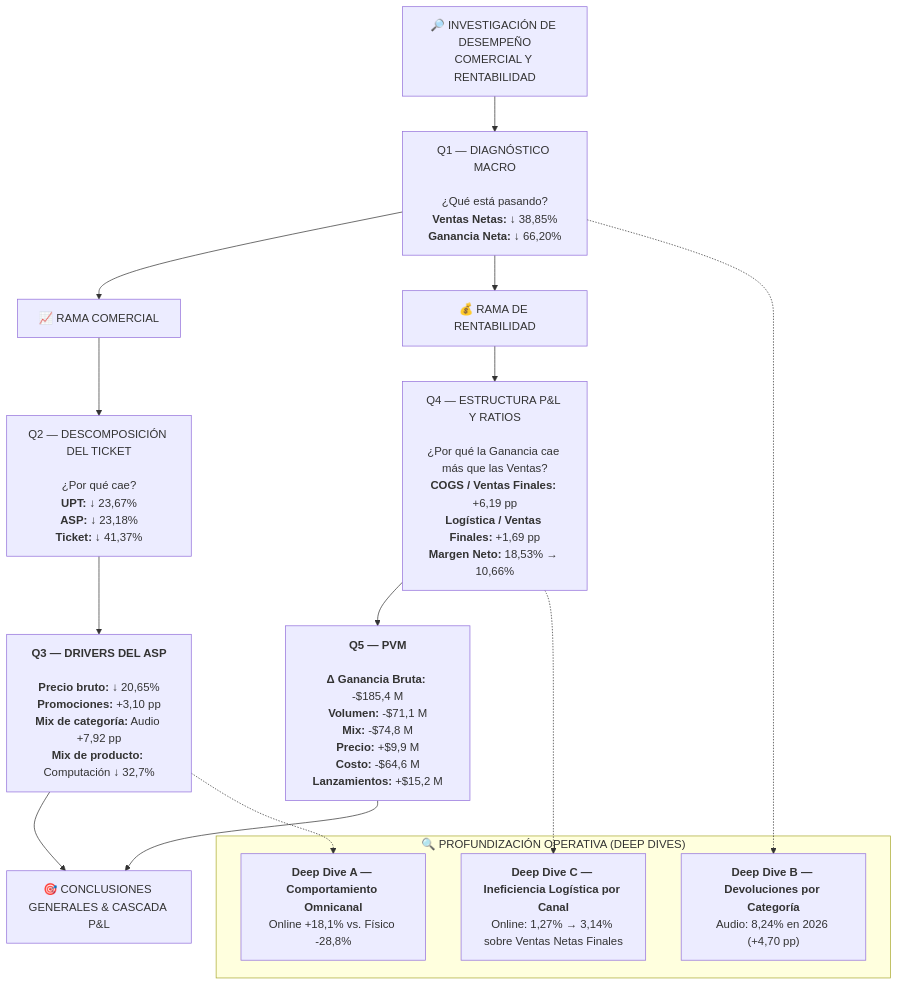
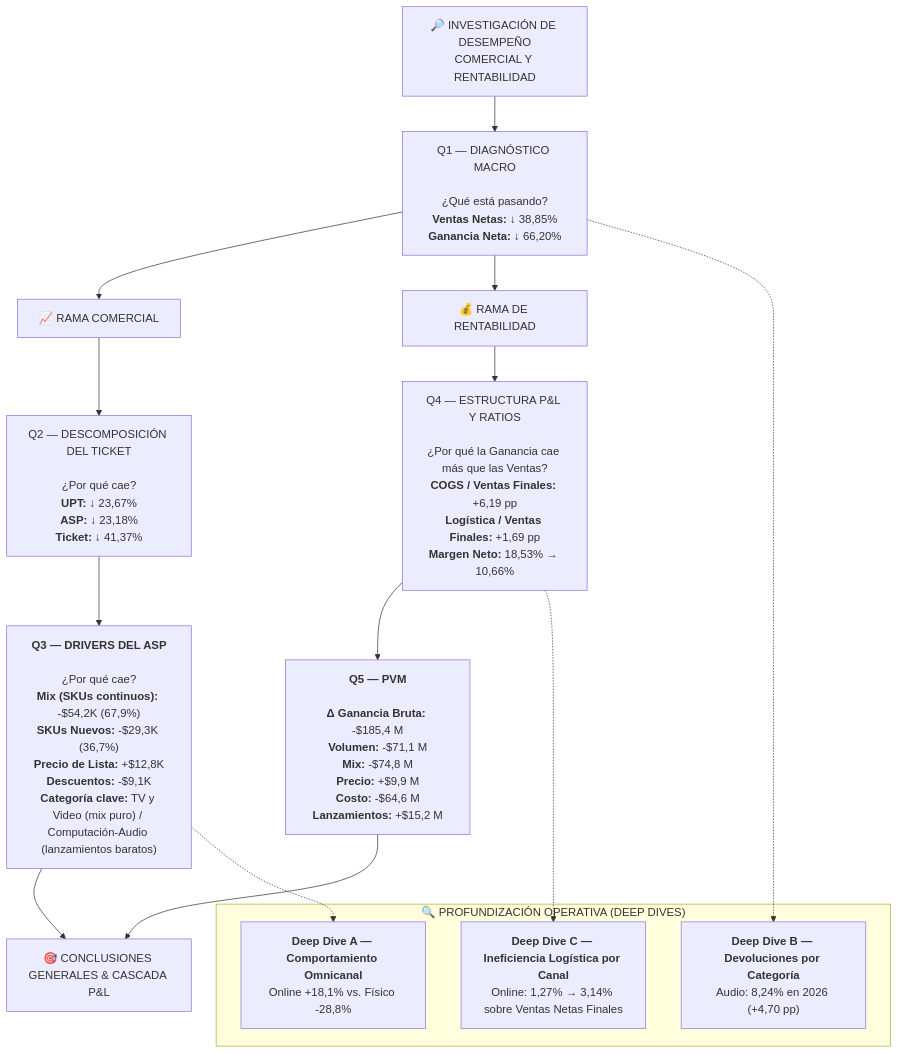
Before and after one commit to manticafacundoelian/dbt_elt_analytics: the diagram in sql_business_analysis/README.md, drawn with Mermaid. The commit also changed other lines of this file, not shown here.

````diff
--- a/sql_business_analysis/README.md
+++ b/sql_business_analysis/README.md
@@ -21,32 +21,32 @@
 ```mermaid
 flowchart TD
     A["🔎 INVESTIGACIÓN DE DESEMPEÑO<br/>COMERCIAL Y RENTABILIDAD"]
 
     A --> B["Q1 — DIAGNÓSTICO MACRO<br/><br/>¿Qué está pasando?<br/><b>Ventas Netas:</b> ↓ 38,85%<br/><b>Ganancia Neta:</b> ↓ 66,20%"]
 
     B --> C["📈 RAMA COMERCIAL"]
     B --> D["💰 RAMA DE RENTABILIDAD"]
 
     C --> C1["Q2 — DESCOMPOSICIÓN DEL TICKET<br/><br/>¿Por qué cae?<br/><b>UPT:</b> ↓ 23,67%<br/><b>ASP:</b> ↓ 23,18%<br/><b>Ticket:</b> ↓ 41,37%"]
 
-    C1 --> C2["<b>Q3 — DRIVERS DEL ASP</b><br/><br/><b>Precio bruto:</b> ↓ 20,65%<br/><b>Promociones:</b> +3,10 pp<br/><b>Mix de categoría:</b> Audio +7,92 pp<br/><b>Mix de producto:</b> Computación ↓ 32,7%"]
+    C1 --> C2["<b>Q3 — DRIVERS DEL ASP</b><br/><br/>¿Por qué cae?<br/><b>Mix (SKUs continuos):</b> -$54,2K (67,9%)<br/><b>SKUs Nuevos:</b> -$29,3K (36,7%)<br/><b>Precio de Lista:</b> +$12,8K<br/><b>Descuentos:</b> -$9,1K<br/><b>Categoría clave:</b> TV y Video (mix puro) / Computación-Audio (lanzamientos baratos)"]
 
     D --> D1["Q4 — ESTRUCTURA P&L Y RATIOS<br/><br/>¿Por qué la Ganancia cae más que las Ventas?<br/><b>COGS / Ventas Finales:</b> +6,19 pp<br/><b>Logística / Ventas Finales:</b> +1,69 pp<br/><b>Margen Neto:</b> 18,53% → 10,66%"]
 
     D1 --> D2["<b>Q5 — PVM</b><br/><br/><b>Δ Ganancia Bruta:</b> -$185,4 M<br/><b>Volumen:</b> -$71,1 M<br/><b>Mix:</b> -$74,8 M<br/><b>Precio:</b> +$9,9 M<br/><b>Costo:</b> -$64,6 M<br/><b>Lanzamientos:</b> +$15,2 M"]
 
     C2 --> E["🎯 CONCLUSIONES GENERALES & CASCADA P&L"]
     D2 --> E
 
     subgraph DEEP_DIVES ["🔍 PROFUNDIZACIÓN OPERATIVA (DEEP DIVES)"]
         DDA["<b>Deep Dive A — Comportamiento Omnicanal</b><br/>Online +18,1% vs. Físico -28,8%"]
 
         DDB["<b>Deep Dive B — Devoluciones por Categoría</b><br/>Audio: 8,24% en 2026 (+4,70 pp)"]
  
         DDC["<b>Deep Dive C — Ineficiencia Logística por Canal</b><br/>Online: 1,27% → 3,14% sobre Ventas Netas Finales"]
     end
 
     C2 -.-> DDA
     B -.-> DDB
     D1 -.-> DDC
 ```
````
